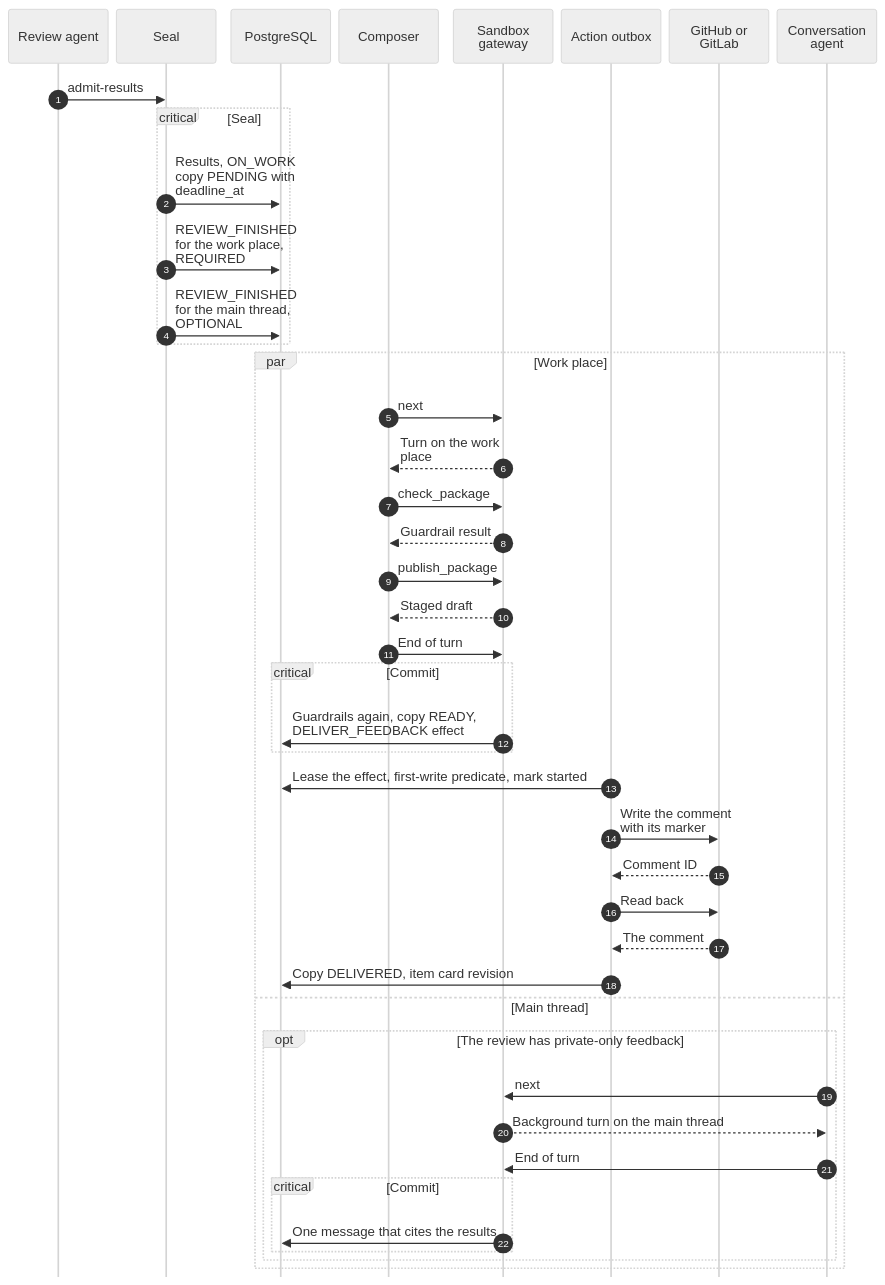
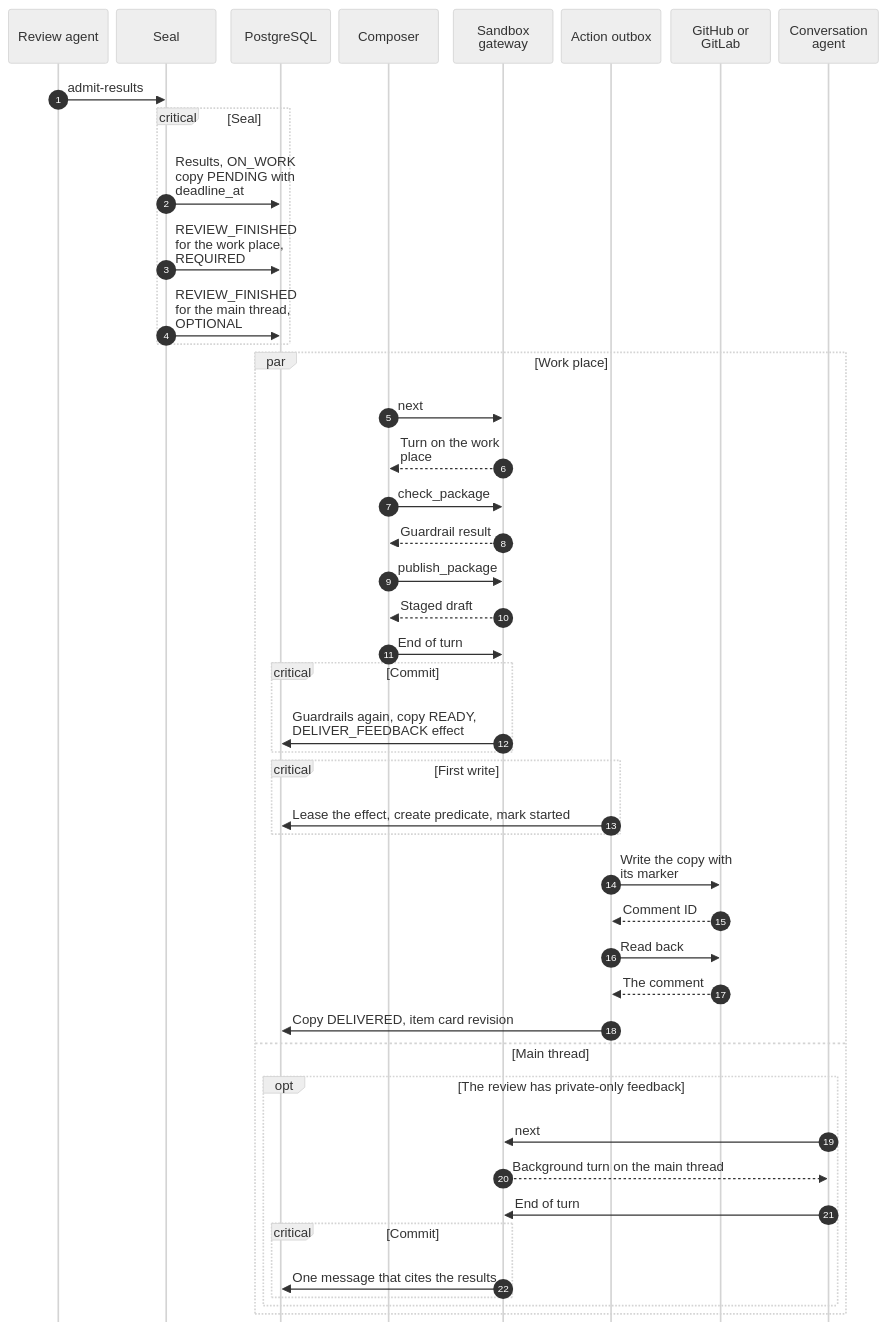
One commit to hephaestus-build/Hephaestus changed the tenth of 12 diagrams in docs/contributor/conversation-core.mdx. Above: the diagram before and after it, drawn with Mermaid (neutral theme). The commit also changed other lines of this file and 3 other files, not shown here.

````diff
--- a/docs/contributor/conversation-core.mdx
+++ b/docs/contributor/conversation-core.mdx
@@ -502,56 +614,58 @@
 ```mermaid
 ---
 config:
   sequence:
     actorMargin: 10
     width: 120
     wrap: true
     messageAlign: left
     mirrorActors: false
 ---
 sequenceDiagram
-    accTitle: A review seals and the composer publishes
-    accDescr: The review agent sends its results to the seal. In one transaction the seal writes the results, a PENDING copy with its deadline, and one REVIEW_FINISHED item for the work place and one for the main thread. The composer leases a turn on the work place, checks and stages its package through the guardrails, and commits. The action outbox writes the comment with its marker and reads it back. If the review has private-only feedback, the conversation agent writes one message to the developer.
+    accTitle: A review seals and the composer publishes, in Automatic mode
+    accDescr: The review agent sends its results to the seal. In one transaction the seal writes the results, a PENDING copy with its deadline, and one REVIEW_FINISHED item for the work place and one for the main thread. The composer leases a turn on the work place, checks and stages its package through the composer's guardrails, and commits. The action outbox runs the first-write transaction, writes the copy with its marker and reads it back. If the review has private-only feedback, the conversation agent writes one message to the developer.
     autonumber
     participant R as Review agent
     participant S as Seal
     participant DB as PostgreSQL
     participant C as Composer
     participant G as Sandbox gateway
     participant O as Action outbox
     participant W as GitHub or GitLab
     participant M as Conversation agent
     R->>S: admit-results
     critical Seal
         S->>DB: Results, ON_WORK copy PENDING with deadline_at
         S->>DB: REVIEW_FINISHED for the work place, REQUIRED
         S->>DB: REVIEW_FINISHED for the main thread, OPTIONAL
     end
     par Work place
         C->>G: next
         G-->>C: Turn on the work place
         C->>G: check_package
         G-->>C: Guardrail result
         C->>G: publish_package
         G-->>C: Staged draft
         C->>G: End of turn
         critical Commit
             G->>DB: Guardrails again, copy READY, DELIVER_FEEDBACK effect
         end
-        O->>DB: Lease the effect, first-write predicate, mark started
-        O->>W: Write the comment with its marker
+        critical First write
+            O->>DB: Lease the effect, create predicate, mark started
+        end
+        O->>W: Write the copy with its marker
         W-->>O: Comment ID
         O->>W: Read back
         W-->>O: The comment
         O->>DB: Copy DELIVERED, item card revision
     and Main thread
         opt The review has private-only feedback
             M->>G: next
             G-->>M: Background turn on the main thread
             M->>G: End of turn
             critical Commit
                 G->>DB: One message that cites the results
             end
         end
     end
 ```
````
